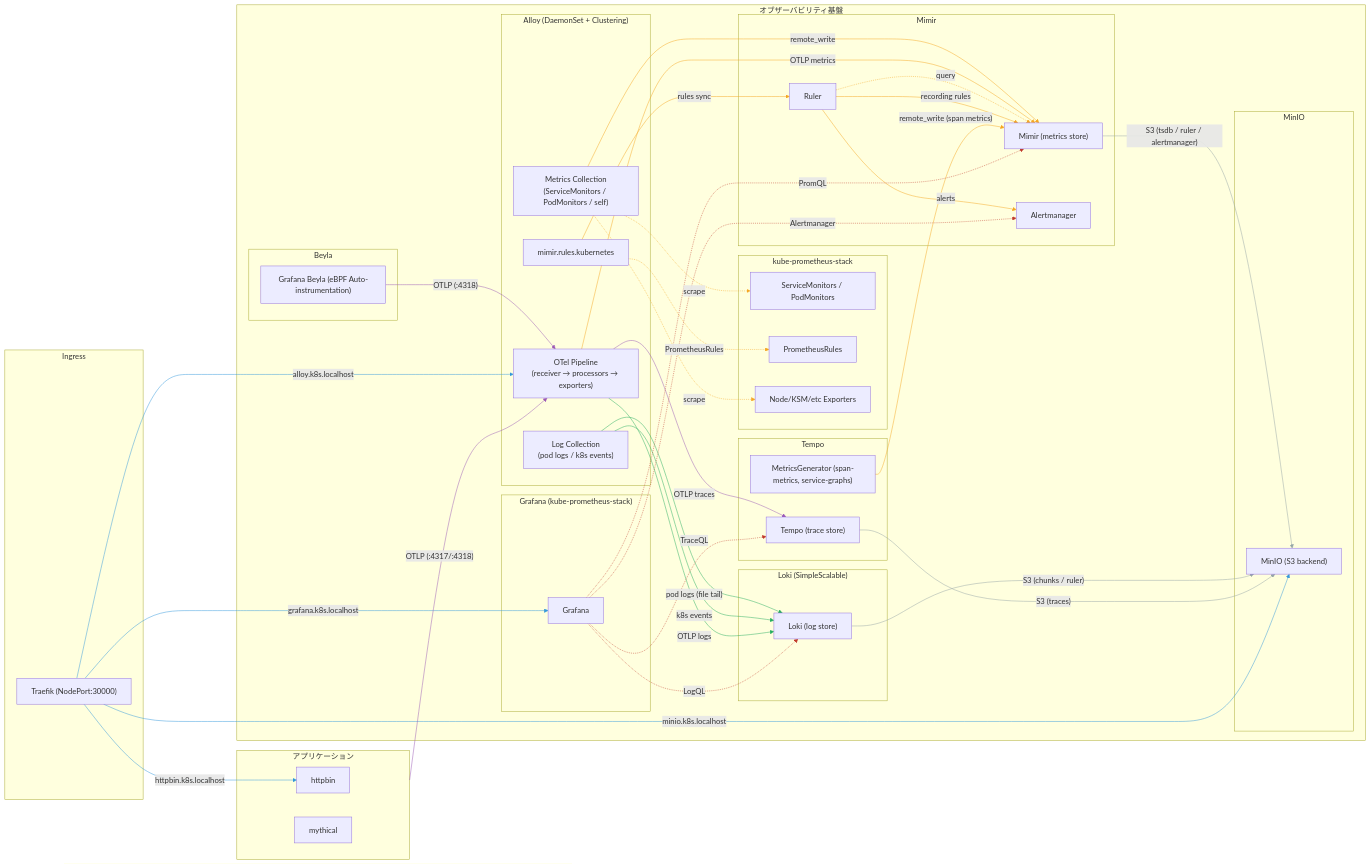
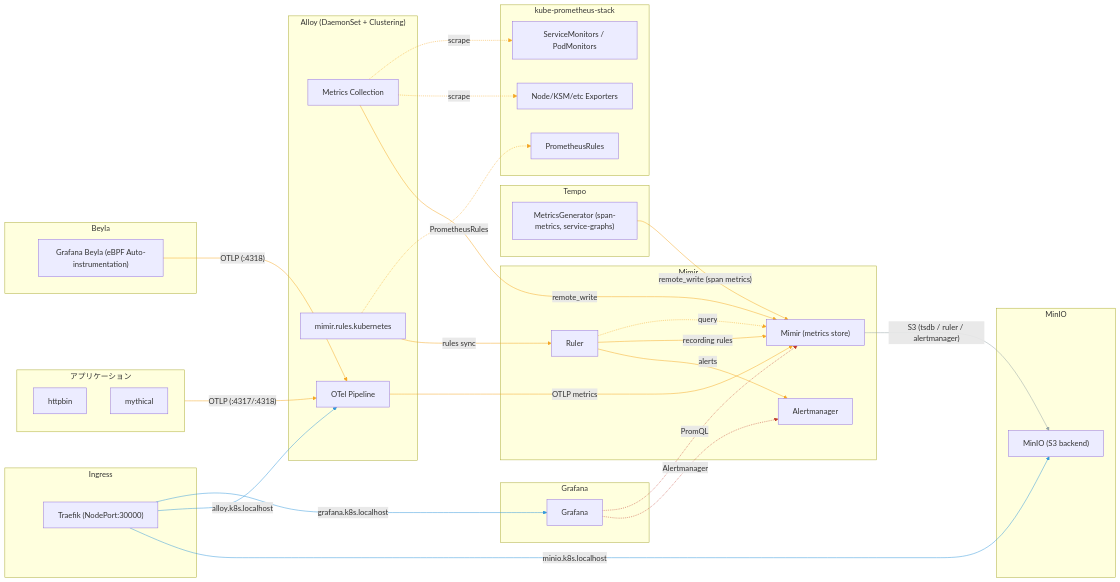
The first of 3 diagrams in k8s/alloy-kube-prom-stack/README.md (buzztaiki/sandbox), drawn with Mermaid before and after one commit. The commit also changed other lines of this file, not shown here.

Commit message:
split architecture diagram into metrics/logs/traces

````diff
--- a/k8s/alloy-kube-prom-stack/README.md
+++ b/k8s/alloy-kube-prom-stack/README.md
@@ -36,114 +38,70 @@
         mythical["mythical"]
     end
 
-    subgraph observability["オブザーバビリティ基盤"]
-        subgraph kps["kube-prometheus-stack"]
-            kube_monitors["ServiceMonitors / PodMonitors"]
-            kube_rules["PrometheusRules"]
-            exporters["Node/KSM/etc Exporters"]
-        end
+    subgraph beyla_ns["Beyla"]
+        beyla["Grafana Beyla (eBPF Auto-instrumentation)"]
+    end
 
-        subgraph beyla_ns["Beyla"]
-            beyla["Grafana Beyla (eBPF Auto-instrumentation)"]
-        end
+    subgraph kps["kube-prometheus-stack"]
+        kube_monitors["ServiceMonitors / PodMonitors"]
+        kube_rules["PrometheusRules"]
+        exporters["Node/KSM/etc Exporters"]
+    end
 
-        subgraph alloy_ns["Alloy (DaemonSet + Clustering)"]
-            alloy_metrics["Metrics Collection\n(ServiceMonitors / PodMonitors / self)"]
-            alloy_logs["Log Collection\n(pod logs / k8s events)"]
-            alloy_otel["OTel Pipeline\n(receiver → processors → exporters)"]
-            alloy_rules["mimir.rules.kubernetes"]
-        end
+    subgraph alloy_ns["Alloy (DaemonSet + Clustering)"]
+        alloy_metrics["Metrics Collection"]
+        alloy_rules["mimir.rules.kubernetes"]
+        alloy_otel["OTel Pipeline"]
+    end
 
-        subgraph mimir_ns["Mimir"]
-            mimir["Mimir (metrics store)"]
-            mimir_am["Alertmanager"]
-            mimir_ruler["Ruler"]
-        end
+    subgraph mimir_ns["Mimir"]
+        mimir["Mimir (metrics store)"]
+        mimir_am["Alertmanager"]
+        mimir_ruler["Ruler"]
+    end
 
-        subgraph loki_ns["Loki (SimpleScalable)"]
-            loki["Loki (log store)"]
-        end
+    subgraph tempo_ns["Tempo"]
+        tempo_mg["MetricsGenerator (span-metrics, service-graphs)"]
+    end
 
-        subgraph tempo_ns["Tempo"]
-            tempo["Tempo (trace store)"]
-            tempo_mg["MetricsGenerator (span-metrics, service-graphs)"]
-        end
+    subgraph minio_ns["MinIO"]
+        minio["MinIO (S3 backend)"]
+    end
 
-        subgraph minio_ns["MinIO"]
-            minio["MinIO (S3 backend)"]
-        end
-
-        subgraph grafana_ns["Grafana (kube-prometheus-stack)"]
-            grafana["Grafana"]
-        end
+    subgraph grafana_ns["Grafana"]
+        grafana["Grafana"]
     end
 
     subgraph ingress["Ingress"]
         traefik["Traefik (NodePort:30000)"]
     end
 
-    %% eBPF instrumentation
-    beyla t1@-->|"OTLP (:4318)"| alloy_otel
-
-    %% App traces via OTel SDK
-    apps t2@-->|"OTLP (:4317/:4318)"| alloy_otel
-
-    %% Alloy -> metrics
-    alloy_metrics m1@-->|"remote_write"| mimir
-    alloy_rules m2@-->|"rules sync"| mimir_ruler
-
-    %% Alloy scrape via CRDs
+    beyla m1@-->|"OTLP (:4318)"| alloy_otel
+    apps m2@-->|"OTLP (:4317/:4318)"| alloy_otel
     alloy_metrics m3@-.->|"scrape"| kube_monitors
     alloy_metrics m4@-.->|"scrape"| exporters
-    alloy_rules m7@-.->|"PrometheusRules"| kube_rules
-
-    %% Alloy -> logs
-    alloy_logs l1@-->|"pod logs (file tail)"| loki
-    alloy_logs l2@-->|"k8s events"| loki
-    alloy_otel l3@-->|"OTLP logs"| loki
-
-    %% Alloy -> traces
-    alloy_otel t3@-->|"OTLP traces"| tempo
-
-    %% Alloy OTel -> metrics
-    alloy_otel m6@-->|"OTLP metrics"| mimir
-
-    %% Mimir internal: Ruler <-> Mimir, Ruler -> Alertmanager
+    alloy_rules m5@-.->|"PrometheusRules"| kube_rules
+    alloy_metrics m6@-->|"remote_write"| mimir
+    alloy_rules m7@-->|"rules sync"| mimir_ruler
+    alloy_otel m8@-->|"OTLP metrics"| mimir
     mimir_ruler x1@-.->|"query"| mimir
     mimir_ruler x2@-->|"recording rules"| mimir
     mimir_ruler x3@-->|"alerts"| mimir_am
-
-    %% Tempo MetricsGenerator -> Mimir
-    tempo_mg m5@-->|"remote_write (span metrics)"| mimir
-
-    %% Storage backends
+    tempo_mg m9@-->|"remote_write (span metrics)"| mimir
     mimir s1@-->|"S3 (tsdb / ruler / alertmanager)"| minio
-    loki  s2@-->|"S3 (chunks / ruler)"| minio
-    tempo s3@-->|"S3 (traces)"| minio
-
-    %% Grafana datasources
     grafana r1@-.->|"PromQL"| mimir
-    grafana r2@-.->|"LogQL"| loki
-    grafana r3@-.->|"TraceQL"| tempo
-    grafana r4@-.->|"Alertmanager"| mimir_am
-
-    %% Ingress
+    grafana r2@-.->|"Alertmanager"| mimir_am
     traefik i1@-->|"grafana.k8s.localhost"| grafana
     traefik i2@-->|"alloy.k8s.localhost"| alloy_otel
     traefik i3@-->|"minio.k8s.localhost"| minio
-    traefik i4@-->|"httpbin.k8s.localhost"| httpbin
 
-    classDef traces stroke:#9b59b6
     classDef metrics stroke:#f5a623
-    classDef logs stroke:#27ae60
     classDef storage stroke:#95a5a6
     classDef read stroke:#c0392b
     classDef ingress stroke:#3498db
 
-    class t1,t2,t3 traces
-    class m1,m2,m3,m4,m5,m6,m7,x1,x2,x3 metrics
-    class l1,l2,l3 logs
-    class s1,s2,s3 storage
-    class r1,r2,r3,r4 read
-    class i1,i2,i3,i4 ingress
+    class m1,m2,m3,m4,m5,m6,m7,m8,m9,x1,x2,x3 metrics
+    class s1 storage
+    class r1,r2 read
+    class i1,i2,i3 ingress
 ```
````
